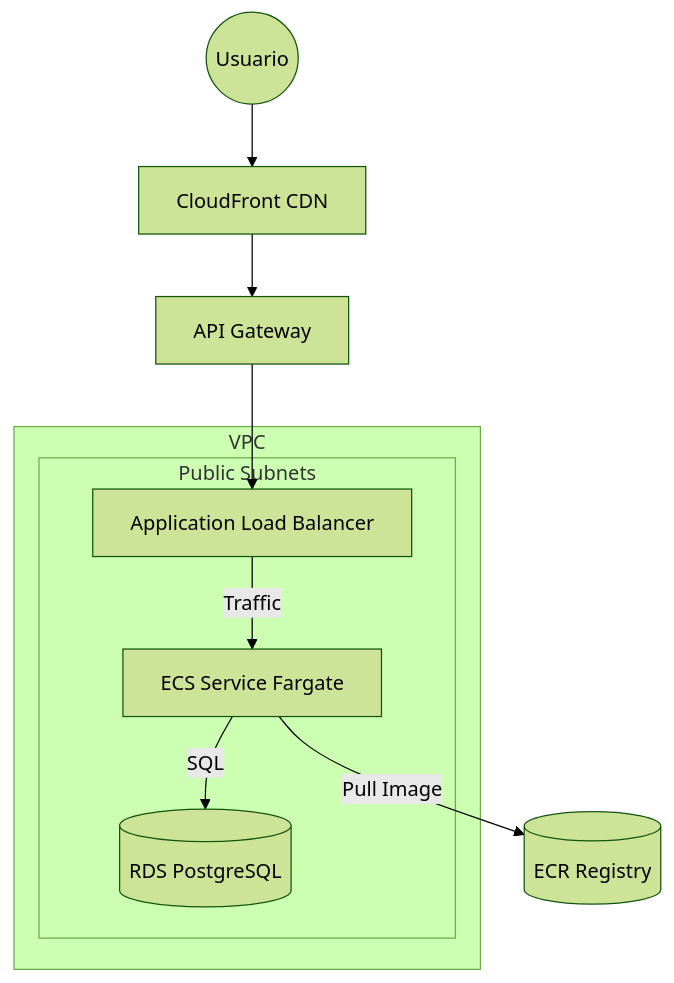
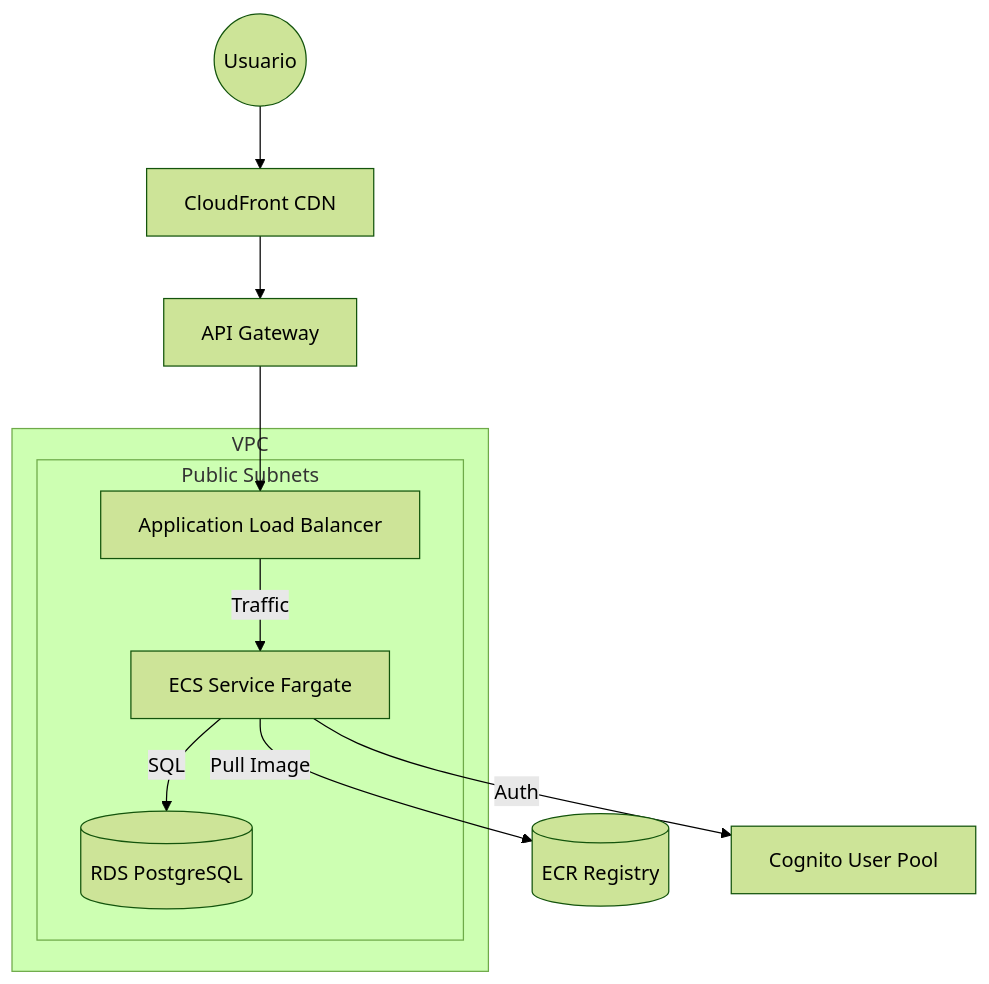
The diagram in terraform/apps-infra/README.md (lcano-gini/poc-ecs), drawn with Mermaid (forest theme) before and after one commit. The commit also changed other lines of this file, not shown here.

````diff
--- a/terraform/apps-infra/README.md
+++ b/terraform/apps-infra/README.md
@@ -7,18 +7,19 @@
 ```mermaid
 graph TD
     User((Usuario)) --> CF[CloudFront CDN]
     CF --> APIG[API Gateway]
     APIG --> ALB[Application Load Balancer]
     
     subgraph VPC
         subgraph Public Subnets
             ALB
             ECS[ECS Service Fargate]
             RDS[(RDS PostgreSQL)]
         end
     end
     
     ECS -->|Pull Image| ECR[(ECR Registry)]
     ALB -->|Traffic| ECS
     ECS -->|SQL| RDS
+    ECS -->|Auth| Cognito[Cognito User Pool]
 ```
````
